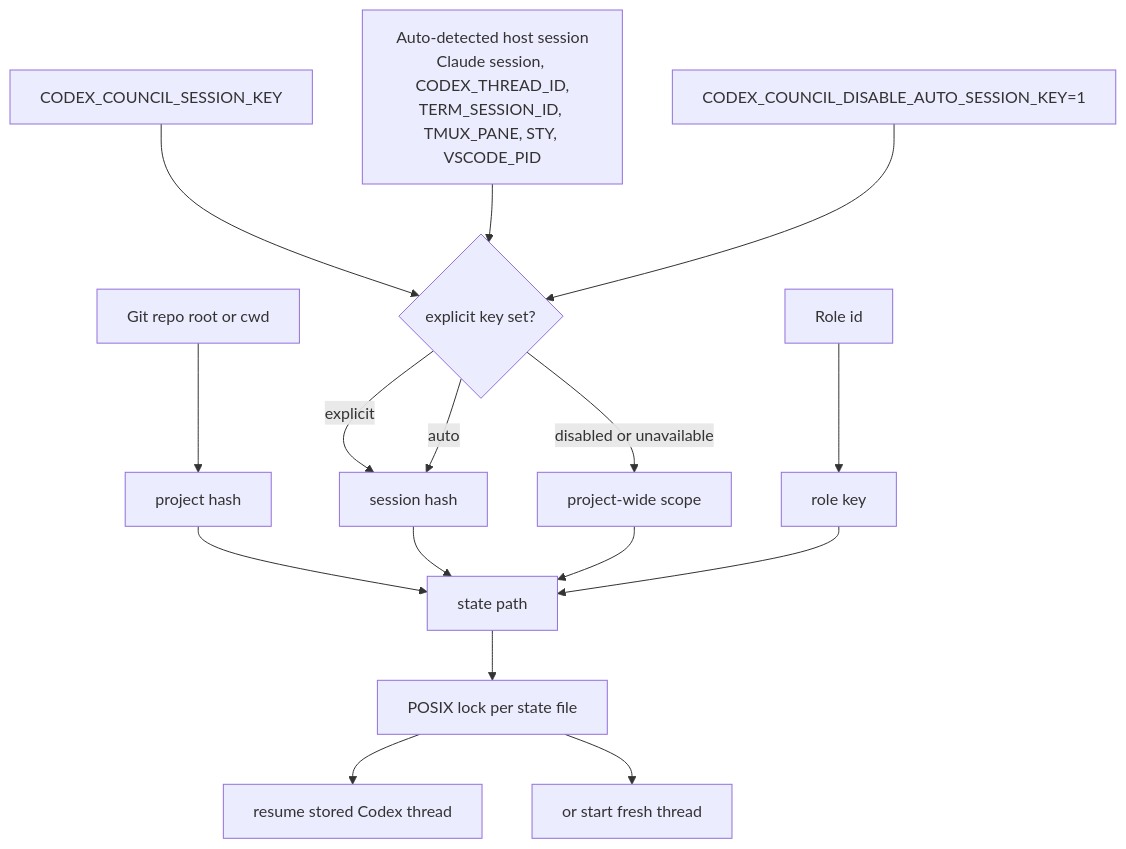
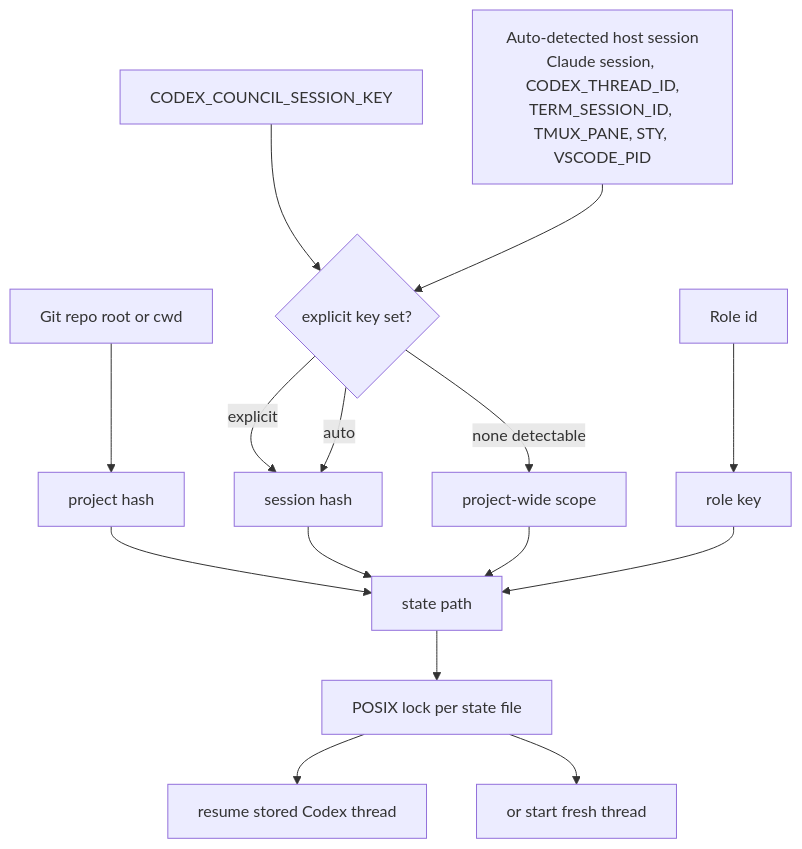
Before and after one commit to ehzawad/codex-council: the third of 3 diagrams in README.md, drawn with Mermaid. The commit also changed other lines of this file and 23 other files, not shown here.

````diff
--- a/README.md
+++ b/README.md
@@ -262,22 +260,21 @@
 ```mermaid
 flowchart TD
     Project["Git repo root or cwd"] --> ProjectHash["project hash"]
     Role["Role id"] --> RoleKey["role key"]
 
     Explicit["CODEX_COUNCIL_SESSION_KEY"] --> Scope{"explicit key set?"}
     Auto["Auto-detected host session<br/>Claude session, CODEX_THREAD_ID,<br/>TERM_SESSION_ID, TMUX_PANE, STY, VSCODE_PID"] --> Scope
-    Disable["CODEX_COUNCIL_DISABLE_AUTO_SESSION_KEY=1"] --> Scope
 
     Scope -->|"explicit"| SessionHash["session hash"]
     Scope -->|"auto"| SessionHash
-    Scope -->|"disabled or unavailable"| ProjectOnly["project-wide scope"]
+    Scope -->|"none detectable"| ProjectOnly["project-wide scope"]
 
     ProjectHash --> StatePath["state path"]
     SessionHash --> StatePath
     ProjectOnly --> StatePath
     RoleKey --> StatePath
 
     StatePath --> Lock["POSIX lock per state file"]
     Lock --> Resume["resume stored Codex thread"]
     Lock --> Fresh["or start fresh thread"]
 ```
````
